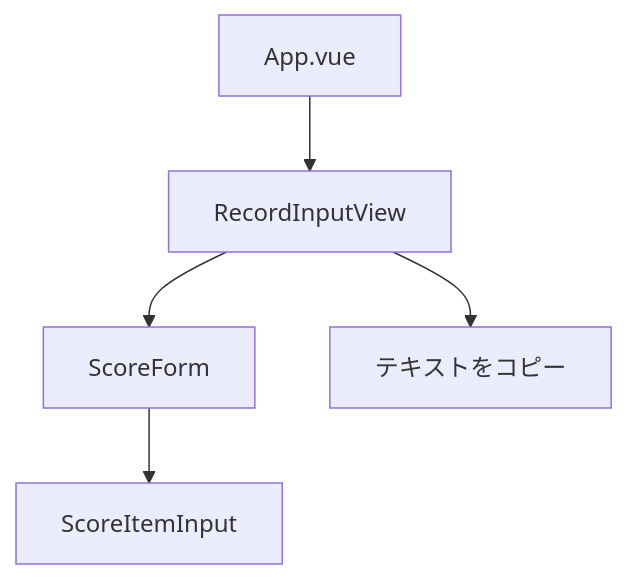
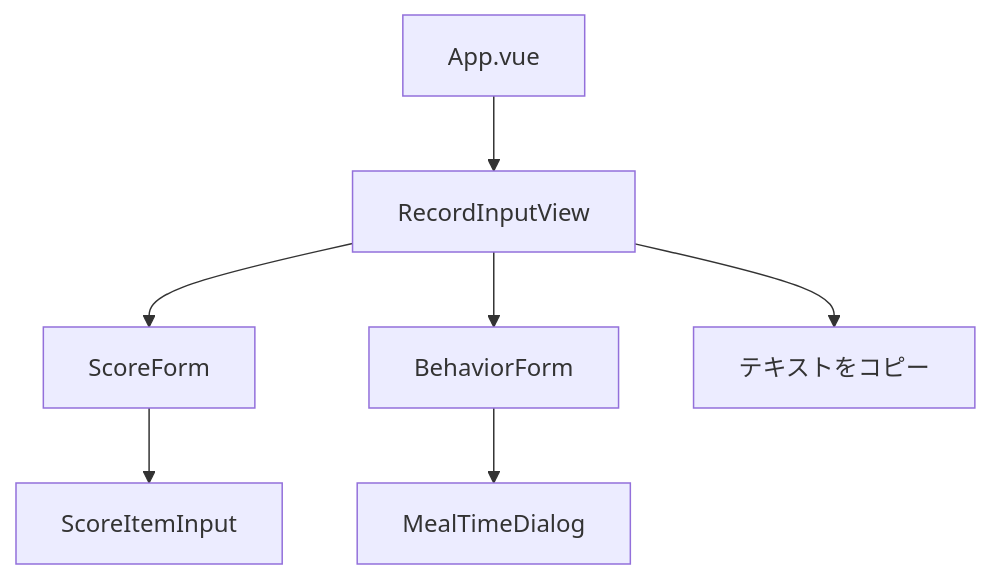
The third of 4 diagrams in docs/design.md (HaraRyonosuke/condition-tracker), drawn with Mermaid before and after one commit. The commit also changed other lines of this file and 3 other files, not shown here.

````diff
--- a/docs/design.md
+++ b/docs/design.md
@@ -150,8 +157,10 @@
 ```mermaid
 graph TD
     App[App.vue]
     App --> Input[RecordInputView]
     Input --> ScoreForm[ScoreForm]
     ScoreForm --> ScoreItem[ScoreItemInput]
+    Input --> BehaviorForm[BehaviorForm]
+    BehaviorForm --> MealDialog[MealTimeDialog]
     Input --> CopyAction[テキストをコピー]
 ```
````
